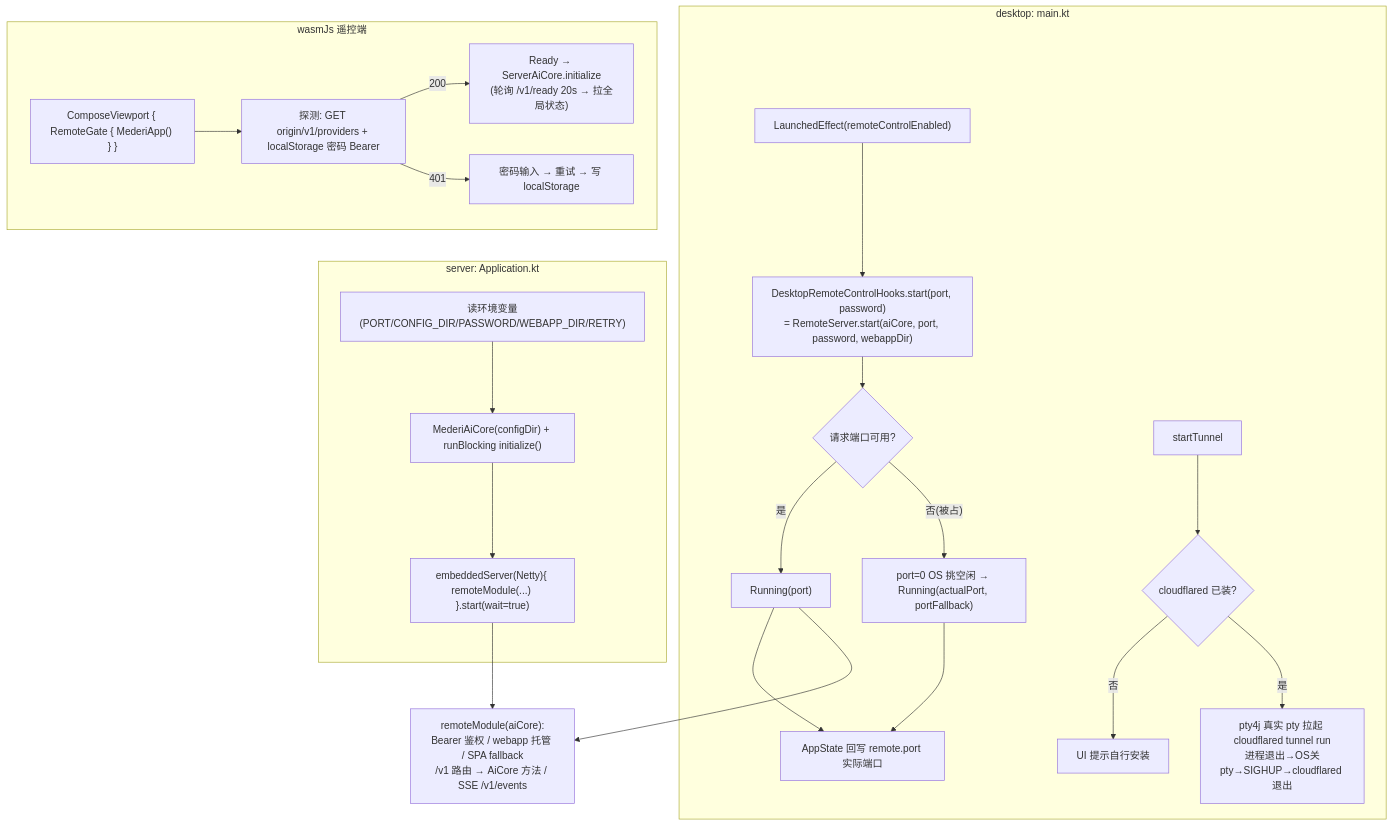
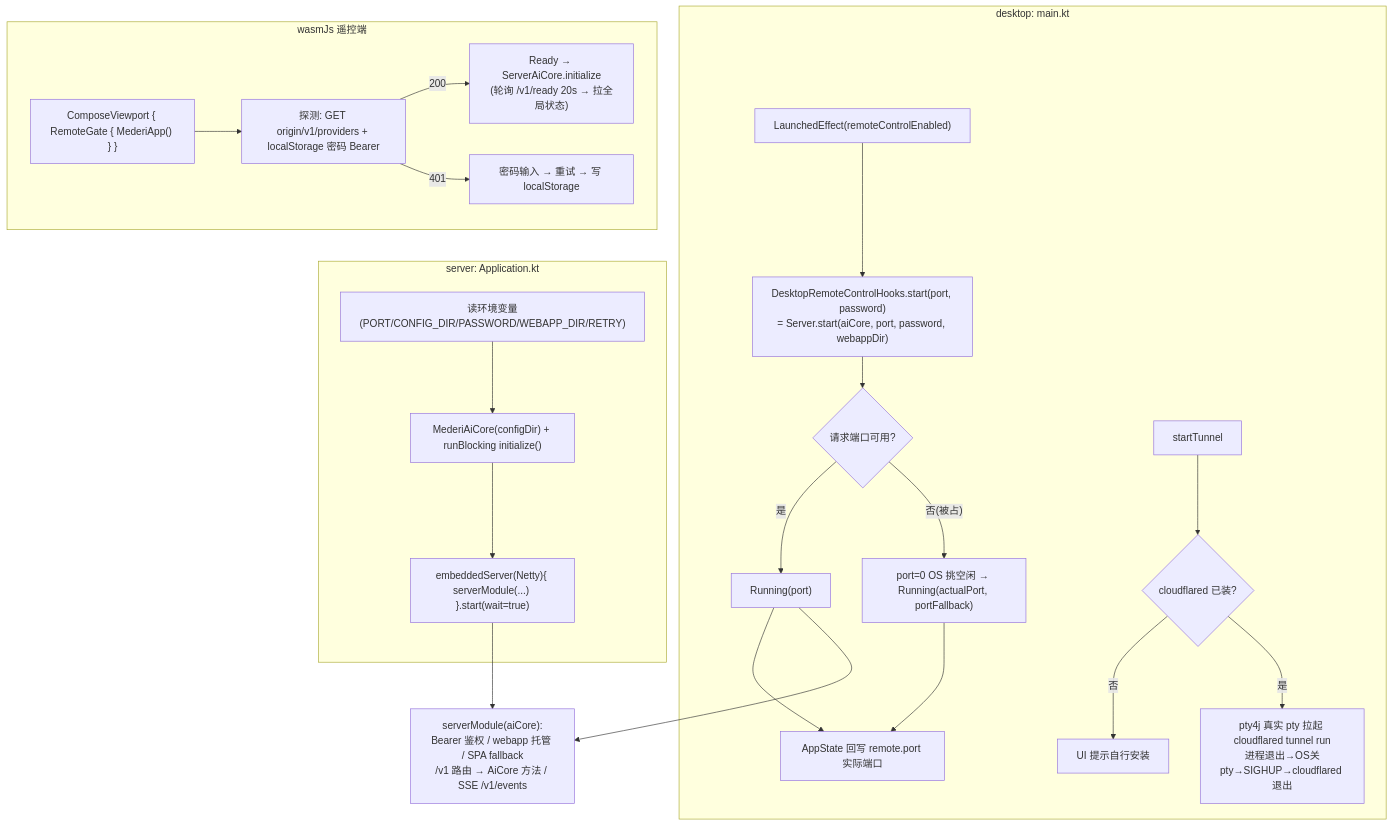
One commit to lzdev42/mederi changed diagram 14 of 18 in docs/architecture/04-flows.md. Above: the diagram before and after it, drawn with Mermaid. The commit also changed other lines of this file and 96 other files, not shown here.

````diff
--- a/docs/architecture/04-flows.md
+++ b/docs/architecture/04-flows.md
@@ -512,22 +518,22 @@
 ```mermaid
 flowchart TD
     subgraph host1["desktop: main.kt"]
-        D1["LaunchedEffect(remoteControlEnabled)"] --> D2["DesktopRemoteControlHooks.start(port, password)<br/>= RemoteServer.start(aiCore, port, password, webappDir)"]
+        D1["LaunchedEffect(remoteControlEnabled)"] --> D2["DesktopRemoteControlHooks.start(port, password)<br/>= Server.start(aiCore, port, password, webappDir)"]
         D2 --> D3{"请求端口可用?"}
         D3 -- "是" --> D4["Running(port)"]
         D3 -- "否(被占)" --> D5["port=0 OS 挑空闲 → Running(actualPort, portFallback)"]
         D4 & D5 --> D6["AppState 回写 remote.port 实际端口"]
         D7["startTunnel"] --> D8{"cloudflared 已装?"}
         D8 -- "否" --> D9["UI 提示自行安装"]
         D8 -- "是" --> D10["pty4j 真实 pty 拉起 cloudflared tunnel run<br/>进程退出→OS关pty→SIGHUP→cloudflared 退出"]
     end
     subgraph host2["server: Application.kt"]
-        S1["读环境变量(PORT/CONFIG_DIR/PASSWORD/WEBAPP_DIR/RETRY)"] --> S2["MederiAiCore(configDir) + runBlocking initialize()"] --> S3["embeddedServer(Netty){ remoteModule(...) }.start(wait=true)"]
+        S1["读环境变量(PORT/CONFIG_DIR/PASSWORD/WEBAPP_DIR/RETRY)"] --> S2["MederiAiCore(configDir) + runBlocking initialize()"] --> S3["embeddedServer(Netty){ serverModule(...) }.start(wait=true)"]
     end
     subgraph client["wasmJs 遥控端"]
         W1["ComposeViewport { RemoteGate { MederiApp() } }"] --> W2["探测: GET origin/v1/providers + localStorage 密码 Bearer"]
         W2 -- "200" --> W3["Ready → ServerAiCore.initialize<br/>(轮询 /v1/ready 20s → 拉全局状态)"]
         W2 -- "401" --> W4["密码输入 → 重试 → 写 localStorage"]
     end
-    D4 & S3 --> ROUTE["remoteModule(aiCore):<br/>Bearer 鉴权 / webapp 托管 / SPA fallback<br/>/v1 路由 → AiCore 方法 / SSE /v1/events"]
+    D4 & S3 --> ROUTE["serverModule(aiCore):<br/>Bearer 鉴权 / webapp 托管 / SPA fallback<br/>/v1 路由 → AiCore 方法 / SSE /v1/events"]
 ```
````
